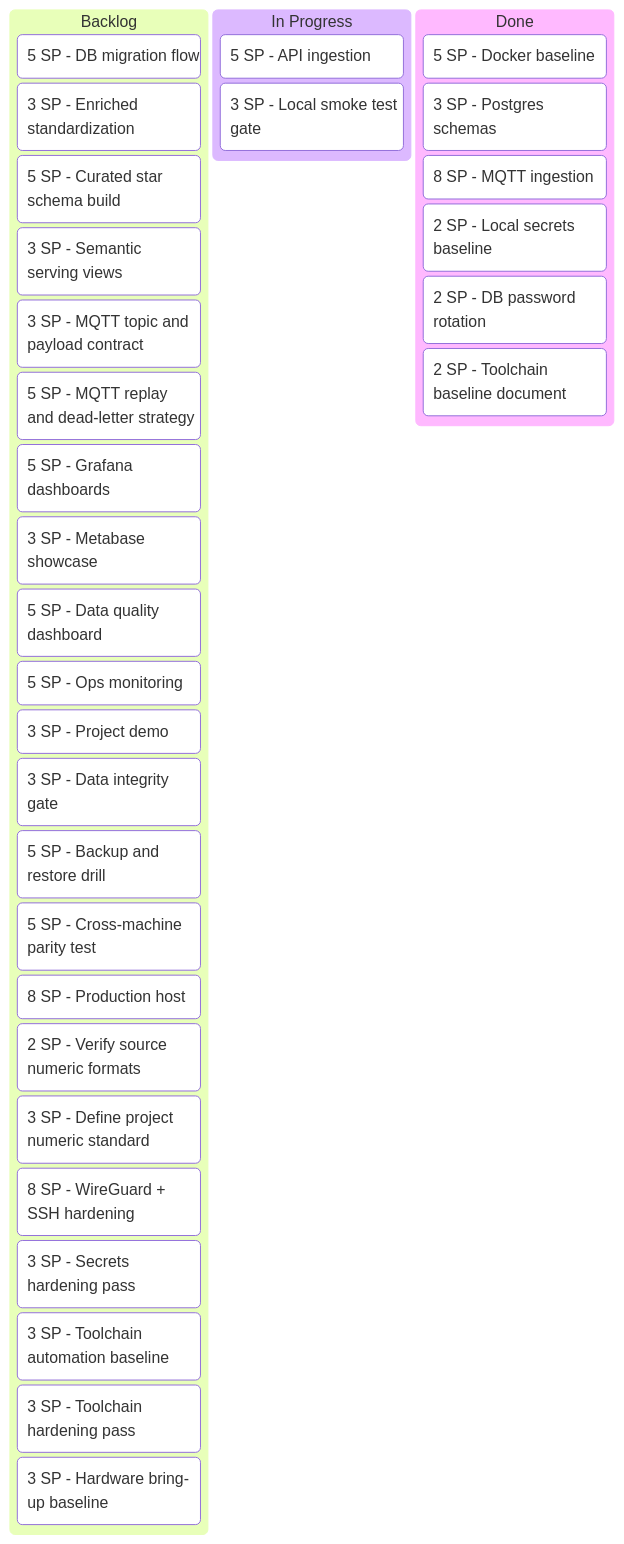
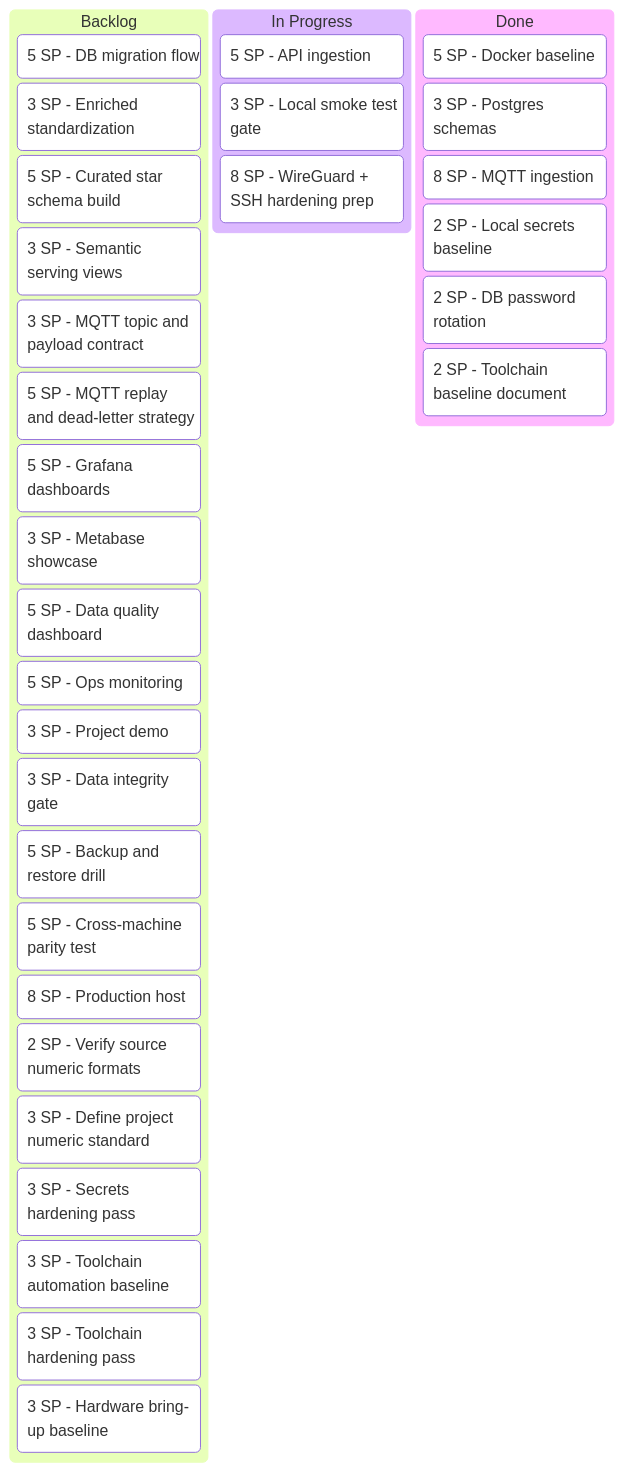
Before and after one commit to EnTekLasse/commons-anchor: the diagram in docs/architecture/diagrams/project-kanban.mmd, drawn with Mermaid. The commit also changed 4 other files, not shown here.

```diff
--- a/docs/architecture/diagrams/project-kanban.mmd
+++ b/docs/architecture/diagrams/project-kanban.mmd
@@ -1,64 +1,64 @@
 %% AUTO-GENERATED FROM docs/architecture/diagram-model.json
 kanban
   Backlog
     [5 SP - DB migration flow]
 
     [3 SP - Enriched standardization]
 
     [5 SP - Curated star schema build]
 
     [3 SP - Semantic serving views]
 
     [3 SP - MQTT topic and payload contract]
 
     [5 SP - MQTT replay and dead-letter strategy]
 
     [5 SP - Grafana dashboards]
 
     [3 SP - Metabase showcase]
 
     [5 SP - Data quality dashboard]
 
     [5 SP - Ops monitoring]
 
     [3 SP - Project demo]
 
     [3 SP - Data integrity gate]
 
     [5 SP - Backup and restore drill]
 
     [5 SP - Cross-machine parity test]
 
     [8 SP - Production host]
 
     [2 SP - Verify source numeric formats]
 
     [3 SP - Define project numeric standard]
 
-    [8 SP - WireGuard + SSH hardening]
-
     [3 SP - Secrets hardening pass]
 
     [3 SP - Toolchain automation baseline]
 
     [3 SP - Toolchain hardening pass]
 
     [3 SP - Hardware bring-up baseline]
 
   [In Progress]
     [5 SP - API ingestion]
 
     [3 SP - Local smoke test gate]
 
+    [8 SP - WireGuard + SSH hardening prep]
+
   Done
     [5 SP - Docker baseline]
 
     [3 SP - Postgres schemas]
 
     [8 SP - MQTT ingestion]
 
     [2 SP - Local secrets baseline]
 
     [2 SP - DB password rotation]
 
     [2 SP - Toolchain baseline document]
```
